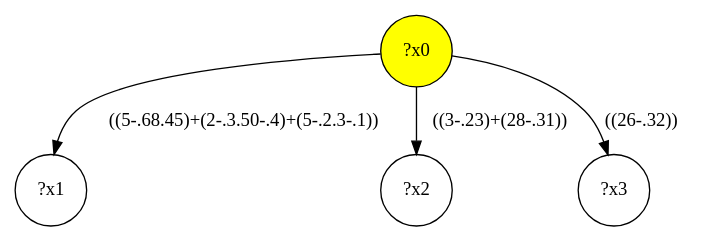
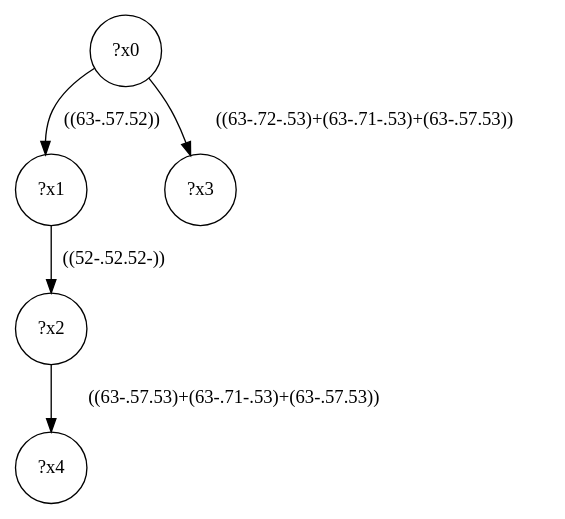
One commit to gbagan/gmark changed the diagram in demo/shop/shop-interface/query-7.dot. Above: the diagram before and after it, drawn with Graphviz. The commit also changed 708 other files, not shown here.

```diff
--- a/demo/shop/shop-interface/query-7.dot
+++ b/demo/shop/shop-interface/query-7.dot
@@ -1,9 +1,11 @@
 digraph g {
-	x0 [fillcolor="yellow", style="filled," shape=circle, label="?x0"];
+	x0 [shape=circle, label="?x0"];
 	x1 [shape=circle, label="?x1"];
-	x0 -> x1 [label="((5-.68.45)+(2-.3.50-.4)+(5-.2.3-.1))"];
+	x0 -> x1 [label="((63-.57.52))"];
 	x2 [shape=circle, label="?x2"];
-	x0 -> x2 [label="((3-.23)+(28-.31))"];
+	x1 -> x2 [label="((52-.52.52-))"];
 	x3 [shape=circle, label="?x3"];
-	x0 -> x3 [label="((26-.32))"];
+	x0 -> x3 [label="((63-.72-.53)+(63-.71-.53)+(63-.57.53))"];
+	x4 [shape=circle, label="?x4"];
+	x2 -> x4 [label="((63-.57.53)+(63-.71-.53)+(63-.57.53))"];
 }
```
